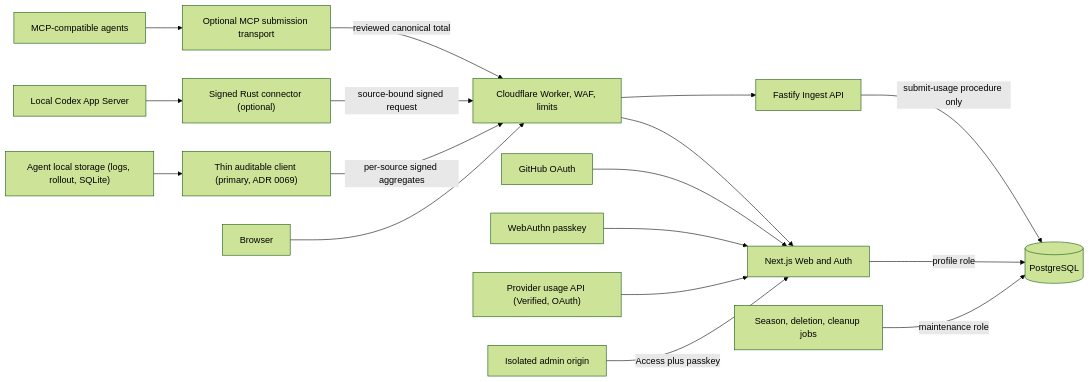
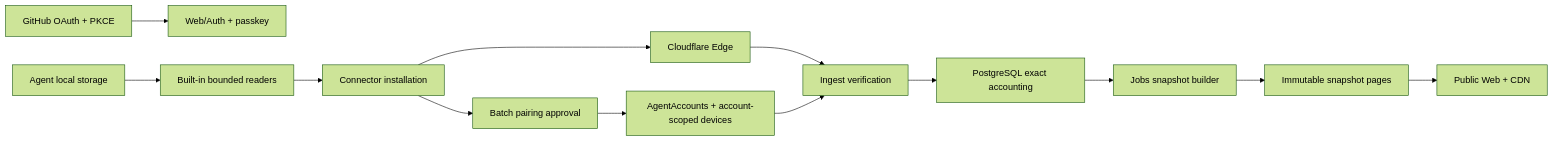
Before and after one commit to Tah10n/viberacing: the diagram in docs/PROJECT_PLAN.md, drawn with Mermaid (forest theme). The commit also changed other lines of this file and 25 other files, not shown here.

Commit message:
docs: finalize clean agent-account ranking model

````diff
--- a/docs/PROJECT_PLAN.md
+++ b/docs/PROJECT_PLAN.md
@@ -183,23 +37,15 @@
 ```mermaid
 flowchart LR
-    Storage["Agent local storage (logs, rollout, SQLite)"] --> ThinClient["Thin auditable client (primary, ADR 0069)"]
-    Codex["Local Codex App Server"] --> Connector["Signed Rust connector (optional)"]
-    Agents["MCP-compatible agents"] --> MCP["Optional MCP submission transport"]
-    ThinClient -->|"per-source signed aggregates"| Edge["Cloudflare Worker, WAF, limits"]
-    Connector -->|"source-bound signed request"| Edge
-    MCP -->|"reviewed canonical total"| Edge
-    Browser["Browser"] --> Edge
-
-    GitHub["GitHub OAuth"] --> Web["Next.js Web and Auth"]
-    Passkey["WebAuthn passkey"] --> Web
-    Provider["Provider usage API (Verified, OAuth)"] --> Web
-
-    Edge --> Web
-    Edge --> Ingest["Fastify Ingest API"]
-
-    Web -->|"profile role"| DB[("PostgreSQL")]
-    Ingest -->|"submit-usage procedure only"| DB
-    Jobs["Season, deletion, cleanup jobs"] -->|"maintenance role"| DB
-
-    Admin["Isolated admin origin"] -->|"Access plus passkey"| Web
+    GH["GitHub OAuth + PKCE"] --> WA["Web/Auth + passkey"]
+    LS["Agent local storage"] --> RD["Built-in bounded readers"]
+    RD --> CN["Connector installation"]
+    CN --> PA["Batch pairing approval"]
+    PA --> AA["AgentAccounts + account-scoped devices"]
+    CN --> ED["Cloudflare Edge"]
+    ED --> IN["Ingest verification"]
+    AA --> IN
+    IN --> DB["PostgreSQL exact accounting"]
+    DB --> JB["Jobs snapshot builder"]
+    JB --> SS["Immutable snapshot pages"]
+    SS --> PW["Public Web + CDN"]
 ```
````
